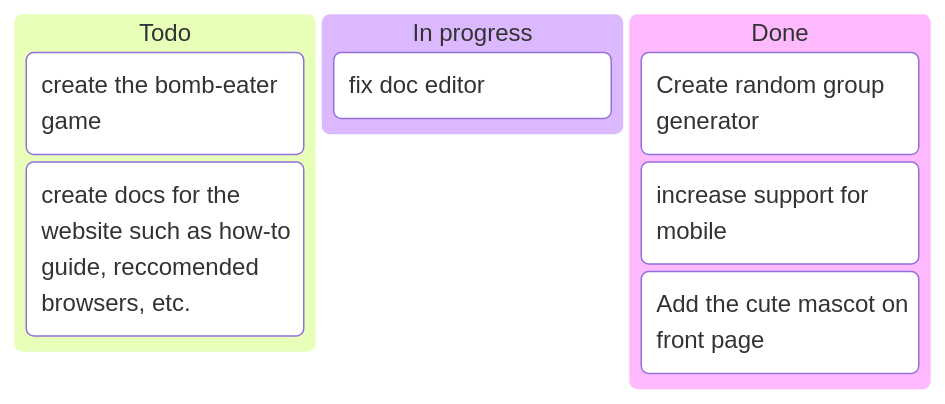
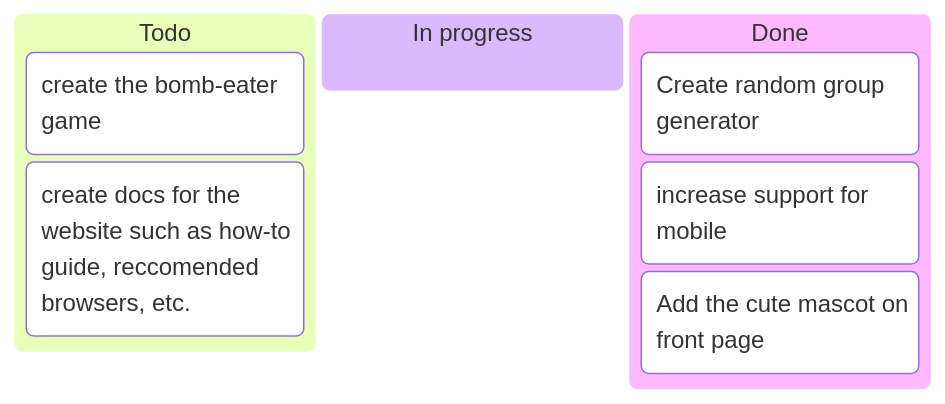
One commit to MrCheesie/alris_games changed the diagram in README.md. Above: the diagram before and after it, drawn with Mermaid.

````diff
--- a/README.md
+++ b/README.md
@@ -61,12 +61,11 @@
 ```mermaid
 kanban
   Todo
     [create the bomb-eater game]
     [create docs for the website such as how-to guide, reccomended browsers, etc.]
   In progress
-    [fix doc editor]
   Done
     [Create random group generator]
     [increase support for mobile]
     [Add the cute mascot on front page]
 ```
````
